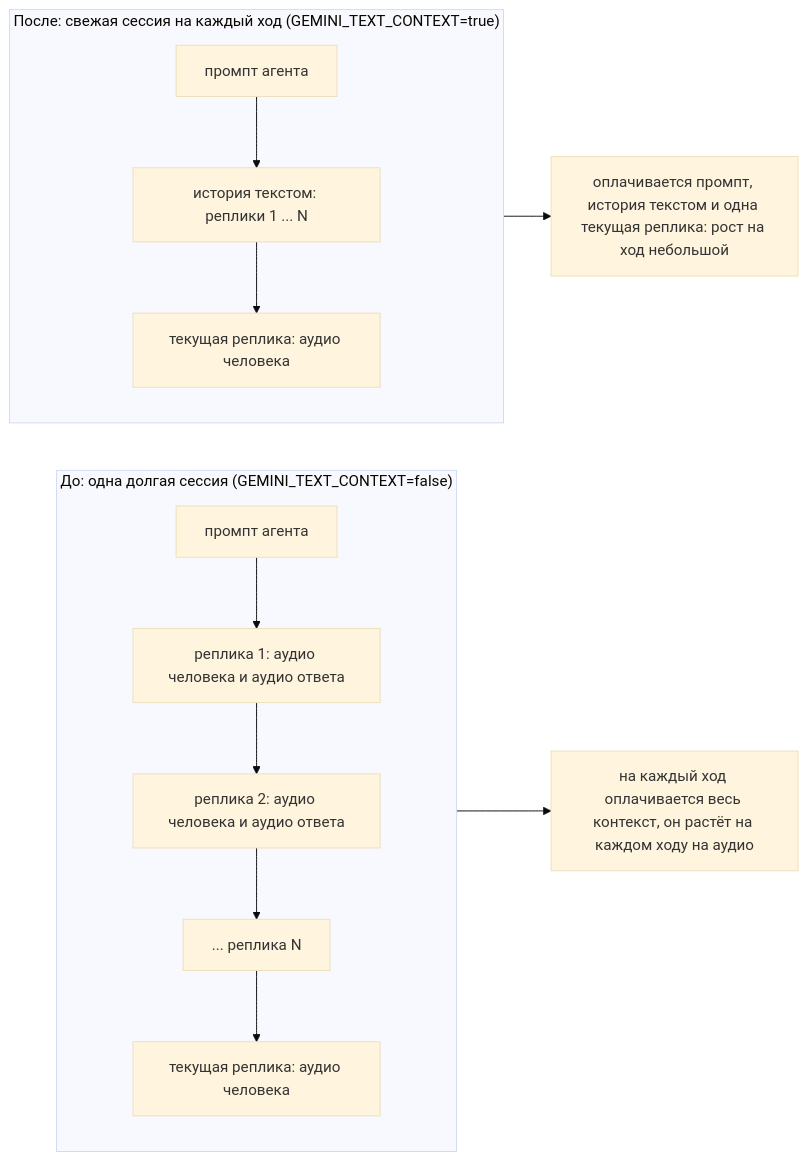
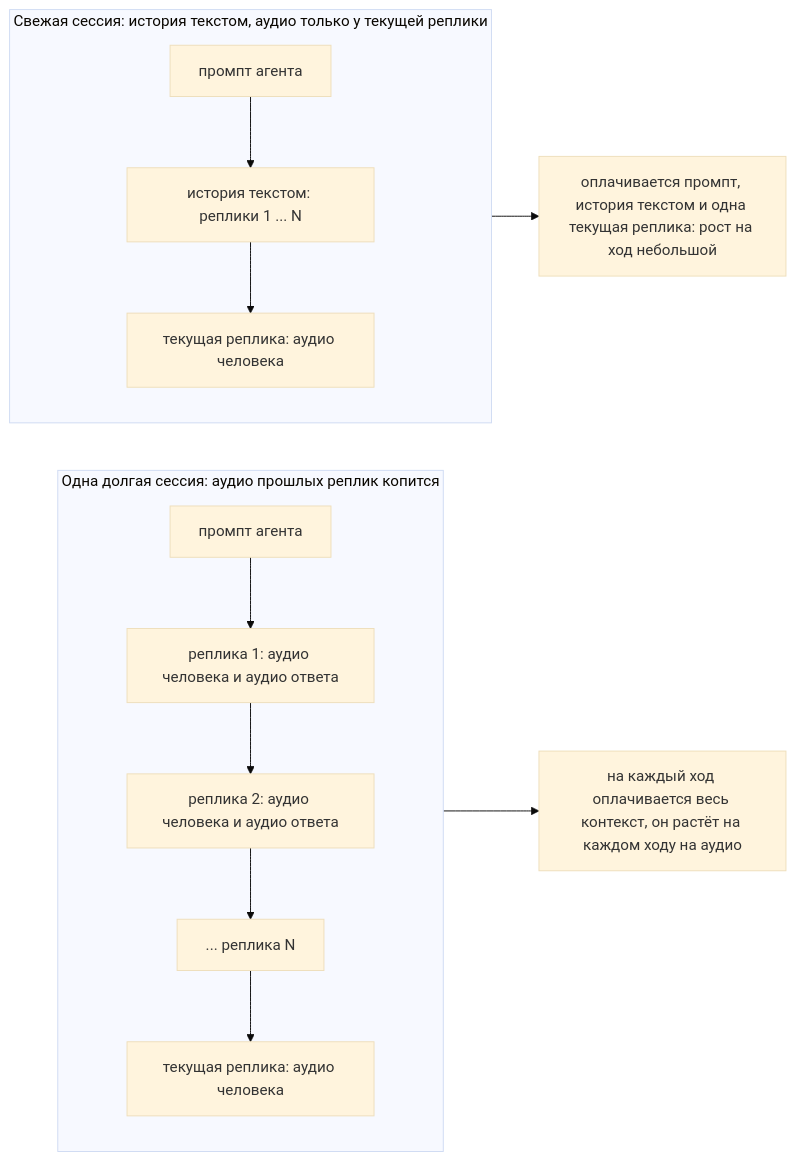
One commit to playa69/ryadom changed the second of 3 diagrams in agent/README.md. Above: the diagram before and after it, drawn with Mermaid (base theme). The commit also changed other lines of this file and 5 other files, not shown here.

````diff
--- a/agent/README.md
+++ b/agent/README.md
@@ -348,17 +337,17 @@
 ```mermaid
 flowchart LR
-    subgraph before["До: одна долгая сессия (GEMINI_TEXT_CONTEXT=false)"]
+    subgraph before["Одна долгая сессия: аудио прошлых реплик копится"]
         direction TB
         b1["промпт агента"] --> b2["реплика 1: аудио человека и аудио ответа"]
         b2 --> b3["реплика 2: аудио человека и аудио ответа"]
         b3 --> b4["... реплика N"]
         b4 --> b5["текущая реплика: аудио человека"]
     end
-    subgraph after["После: свежая сессия на каждый ход (GEMINI_TEXT_CONTEXT=true)"]
+    subgraph after["Свежая сессия: история текстом, аудио только у текущей реплики"]
         direction TB
         a1["промпт агента"] --> a2["история текстом: реплики 1 ... N"]
         a2 --> a3["текущая реплика: аудио человека"]
     end
     before --> costB["на каждый ход оплачивается весь контекст, он растёт на каждом ходу на аудио"]
     after --> costA["оплачивается промпт, история текстом и одна текущая реплика: рост на ход небольшой"]
 ```
````
